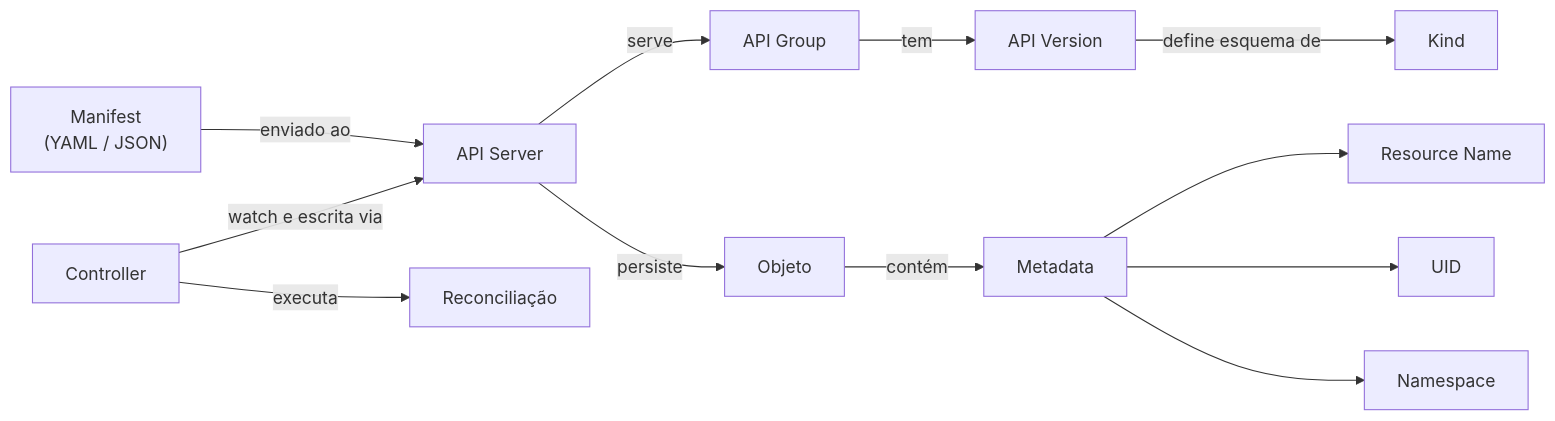
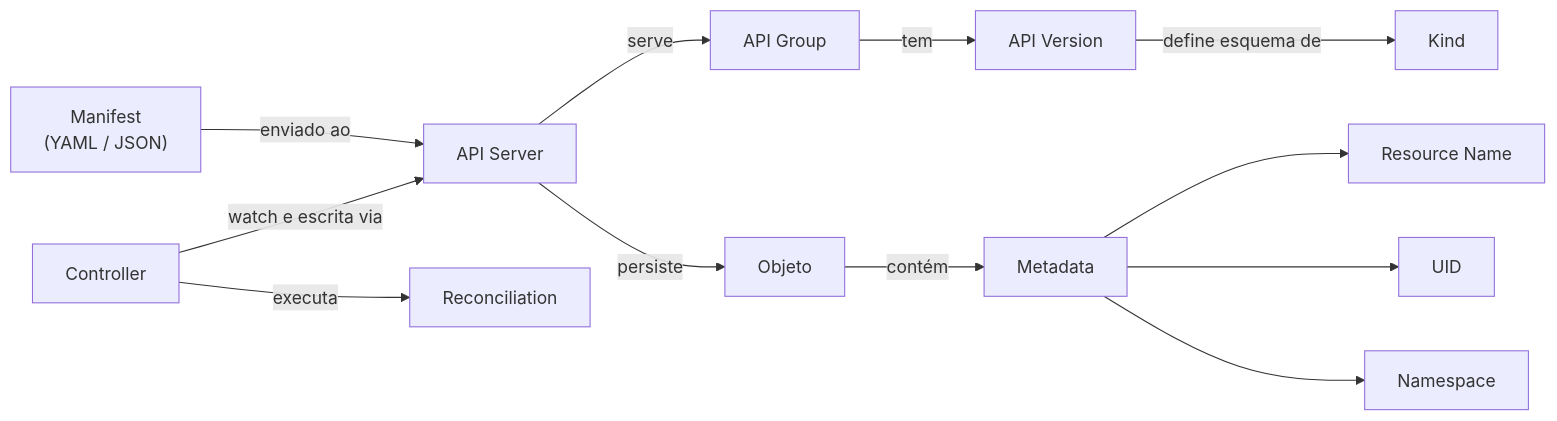
Before and after one commit to eduardoandradej/glossario-openshift-kubernetes: the second of 3 diagrams in docs/MAPA-DE-RELACOES.md, drawn with Mermaid. The commit also changed other lines of this file and 40 other files, not shown here.

````diff
--- a/docs/MAPA-DE-RELACOES.md
+++ b/docs/MAPA-DE-RELACOES.md
@@ -49,14 +49,14 @@
 ```mermaid
 flowchart LR
     MAN["Manifest<br/>(YAML / JSON)"] -->|"enviado ao"| KAS["API Server"]
     KAS -->|"serve"| GRP["API Group"]
     GRP -->|"tem"| VER["API Version"]
     VER -->|"define esquema de"| KIND["Kind"]
     KAS -->|"persiste"| OBJ["Objeto"]
     OBJ -->|"contém"| META["Metadata"]
     META --> NAME["Resource Name"]
     META --> UID["UID"]
     META --> NS["Namespace"]
     CTRL["Controller"] -->|"watch e escrita via"| KAS
-    CTRL -->|"executa"| REC["Reconciliação"]
+    CTRL -->|"executa"| REC["Reconciliation"]
 ```
````
